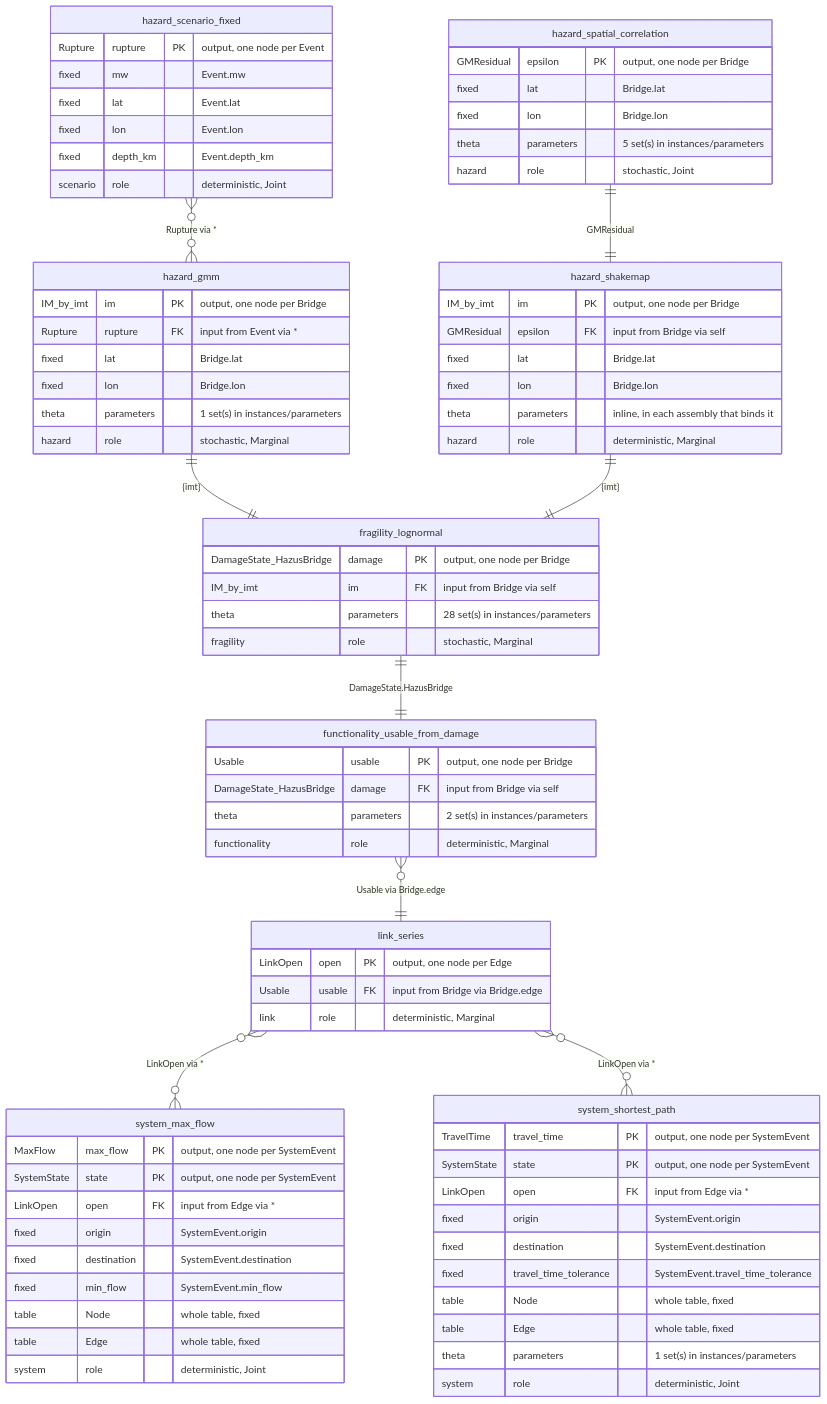
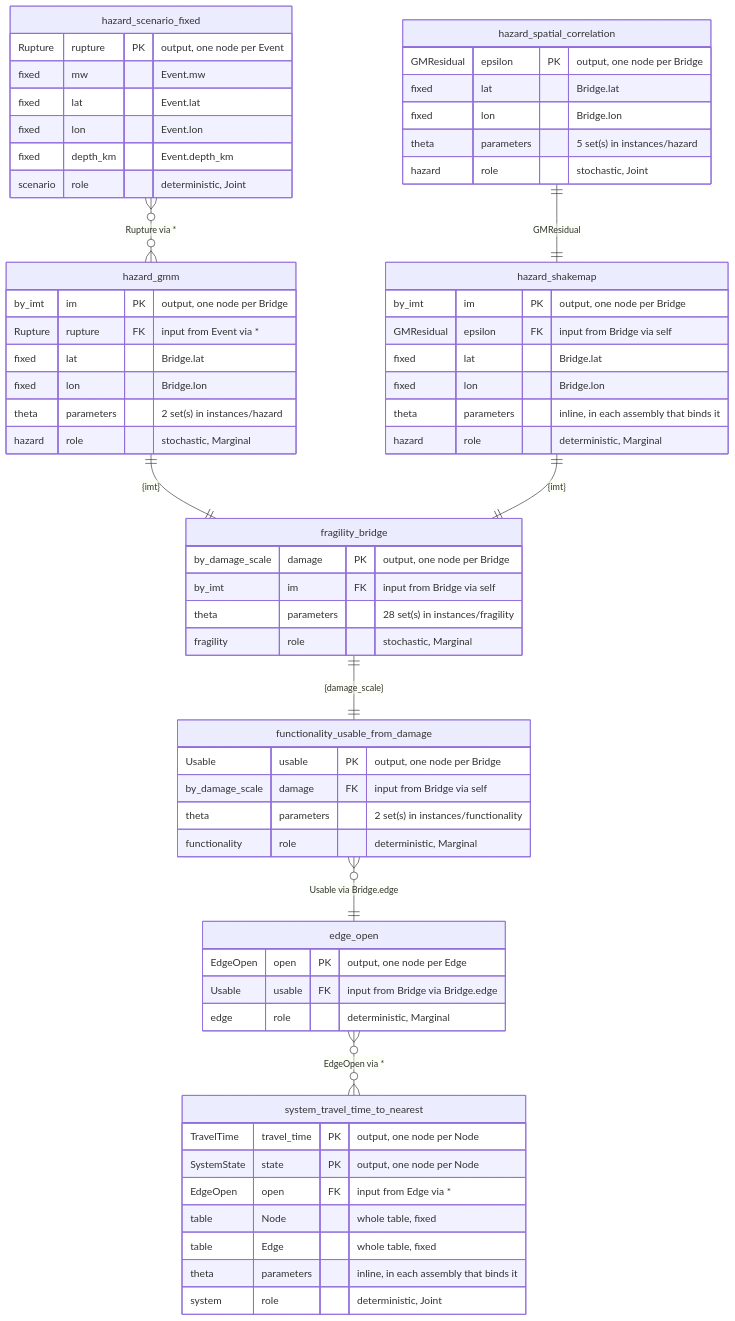
The first of 2 diagrams in schema/diagram.md (dynaryu/bn-transport-eq), drawn with Mermaid before and after one commit. The commit also changed other lines of this file and 71 other files, not shown here.

````diff
--- a/schema/diagram.md
+++ b/schema/diagram.md
@@ -13,82 +13,67 @@
 ```mermaid
 erDiagram
     hazard_scenario_fixed {
         Rupture rupture PK "output, one node per Event"
         fixed mw "Event.mw"
         fixed lat "Event.lat"
         fixed lon "Event.lon"
         fixed depth_km "Event.depth_km"
         scenario role "deterministic, Joint"
     }
     hazard_gmm {
-        IM_by_imt im PK "output, one node per Bridge"
+        by_imt im PK "output, one node per Bridge"
         Rupture rupture FK "input from Event via *"
         fixed lat "Bridge.lat"
         fixed lon "Bridge.lon"
-        theta parameters "1 set(s) in instances/parameters"
+        theta parameters "2 set(s) in instances/hazard"
         hazard role "stochastic, Marginal"
     }
     hazard_shakemap {
-        IM_by_imt im PK "output, one node per Bridge"
+        by_imt im PK "output, one node per Bridge"
         GMResidual epsilon FK "input from Bridge via self"
         fixed lat "Bridge.lat"
         fixed lon "Bridge.lon"
         theta parameters "inline, in each assembly that binds it"
         hazard role "deterministic, Marginal"
     }
     hazard_spatial_correlation {
         GMResidual epsilon PK "output, one node per Bridge"
         fixed lat "Bridge.lat"
         fixed lon "Bridge.lon"
-        theta parameters "5 set(s) in instances/parameters"
+        theta parameters "5 set(s) in instances/hazard"
         hazard role "stochastic, Joint"
     }
-    fragility_lognormal {
-        DamageState_HazusBridge damage PK "output, one node per Bridge"
-        IM_by_imt im FK "input from Bridge via self"
-        theta parameters "28 set(s) in instances/parameters"
+    fragility_bridge {
+        by_damage_scale damage PK "output, one node per Bridge"
+        by_imt im FK "input from Bridge via self"
+        theta parameters "28 set(s) in instances/fragility"
         fragility role "stochastic, Marginal"
     }
     functionality_usable_from_damage {
         Usable usable PK "output, one node per Bridge"
-        DamageState_HazusBridge damage FK "input from Bridge via self"
-        theta parameters "2 set(s) in instances/parameters"
+        by_damage_scale damage FK "input from Bridge via self"
+        theta parameters "2 set(s) in instances/functionality"
         functionality role "deterministic, Marginal"
     }
-    link_series {
-        LinkOpen open PK "output, one node per Edge"
+    edge_open {
+        EdgeOpen open PK "output, one node per Edge"
         Usable usable FK "input from Bridge via Bridge.edge"
-        link role "deterministic, Marginal"
+        edge role "deterministic, Marginal"
     }
-    system_max_flow {
-        MaxFlow max_flow PK "output, one node per SystemEvent"
-        SystemState state PK "output, one node per SystemEvent"
-        LinkOpen open FK "input from Edge via *"
-        fixed origin "SystemEvent.origin"
-        fixed destination "SystemEvent.destination"
-        fixed min_flow "SystemEvent.min_flow"
+    system_travel_time_to_nearest {
+        TravelTime travel_time PK "output, one node per Node"
+        SystemState state PK "output, one node per Node"
+        EdgeOpen open FK "input from Edge via *"
         table Node "whole table, fixed"
         table Edge "whole table, fixed"
-        system role "deterministic, Joint"
-    }
-    system_shortest_path {
-        TravelTime travel_time PK "output, one node per SystemEvent"
-        SystemState state PK "output, one node per SystemEvent"
-        LinkOpen open FK "input from Edge via *"
-        fixed origin "SystemEvent.origin"
-        fixed destination "SystemEvent.destination"
-        fixed travel_time_tolerance "SystemEvent.travel_time_tolerance"
-        table Node "whole table, fixed"
-        table Edge "whole table, fixed"
-        theta parameters "1 set(s) in instances/parameters"
+        theta parameters "inline, in each assembly that binds it"
         system role "deterministic, Joint"
     }
     hazard_scenario_fixed }o--o{ hazard_gmm : "Rupture via *"
     hazard_spatial_correlation ||--|| hazard_shakemap : "GMResidual"
-    hazard_gmm ||--|| fragility_lognormal : "{imt}"
-    hazard_shakemap ||--|| fragility_lognormal : "{imt}"
-    fragility_lognormal ||--|| functionality_usable_from_damage : "DamageState.HazusBridge"
-    functionality_usable_from_damage }o--|| link_series : "Usable via Bridge.edge"
-    link_series }o--o{ system_max_flow : "LinkOpen via *"
-    link_series }o--o{ system_shortest_path : "LinkOpen via *"
+    hazard_gmm ||--|| fragility_bridge : "{imt}"
+    hazard_shakemap ||--|| fragility_bridge : "{imt}"
+    fragility_bridge ||--|| functionality_usable_from_damage : "{damage_scale}"
+    functionality_usable_from_damage }o--|| edge_open : "Usable via Bridge.edge"
+    edge_open }o--o{ system_travel_time_to_nearest : "EdgeOpen via *"
 ```
````
